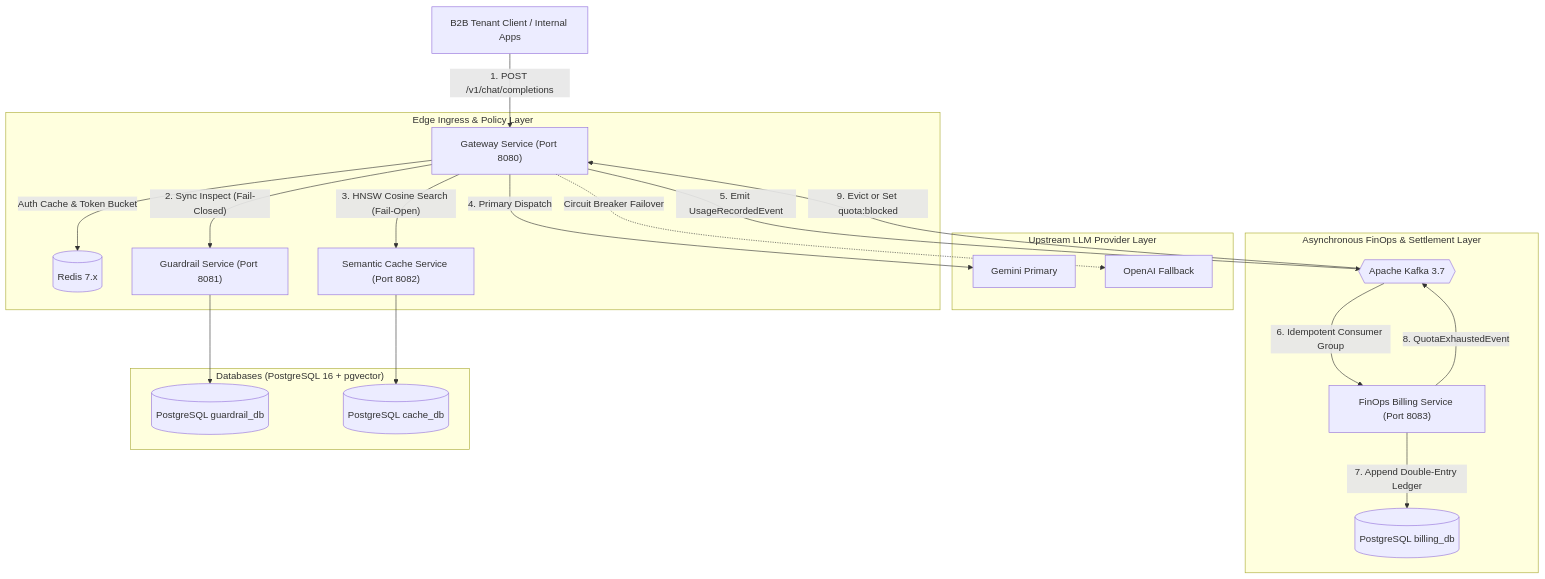
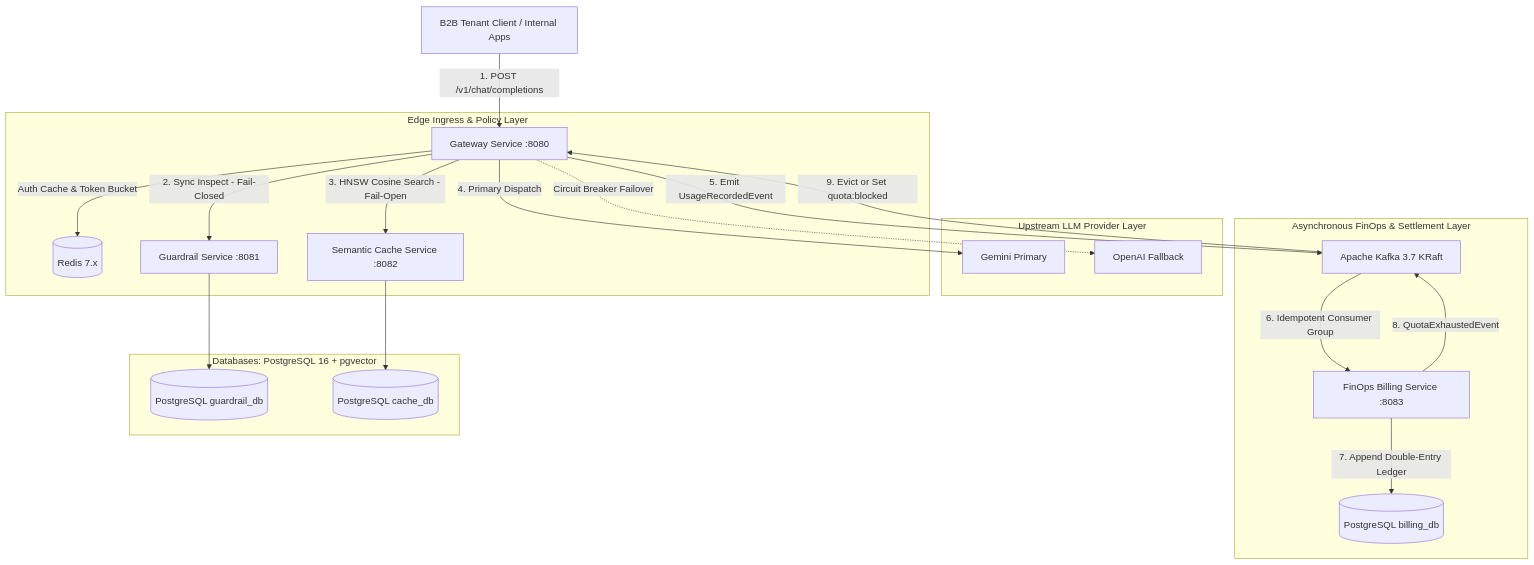
Before and after one commit to SailokeshNalabothu/Orvix: the diagram in README.md, drawn with Mermaid. The commit also changed other lines of this file and 9 other files, not shown here.

Commit message:
feat(ai): add Adaptive Model Cascader, fix README Mermaid diagram, and enhance guardrail injection detector

````diff
--- a/README.md
+++ b/README.md
@@ -82,28 +82,28 @@
 ```mermaid
 flowchart TD
-    Client["B2B Tenant Client / Internal Apps"] -->|"1. POST /v1/chat/completions"| GW["Gateway Service (Port 8080)"]
+    Client["B2B Tenant Client / Internal Apps"] -->|"1. POST /v1/chat/completions"| GW["Gateway Service :8080"]
 
     subgraph Ingress ["Edge Ingress & Policy Layer"]
-        GW -->|"Auth Cache & Token Bucket"| Redis[("Redis 7.x")]
-        GW -->|"2. Sync Inspect (Fail-Closed)"| Guardrail["Guardrail Service (Port 8081)"]
-        GW -->|"3. HNSW Cosine Search (Fail-Open)"| Cache["Semantic Cache Service (Port 8082)"]
+        GW -->|"Auth Cache & Token Bucket"| Redis[(Redis 7.x)]
+        GW -->|"2. Sync Inspect - Fail-Closed"| Guardrail["Guardrail Service :8081"]
+        GW -->|"3. HNSW Cosine Search - Fail-Open"| Cache["Semantic Cache Service :8082"]
     end
 
     subgraph Upstream ["Upstream LLM Provider Layer"]
         GW -->|"4. Primary Dispatch"| Gemini["Gemini Primary"]
         GW -.->|"Circuit Breaker Failover"| OpenAI["OpenAI Fallback"]
     end
 
     subgraph FinOps ["Asynchronous FinOps & Settlement Layer"]
-        GW -->|"5. Emit UsageRecordedEvent"| Kafka{{"Apache Kafka 3.7"}}
-        Kafka -->|"6. Idempotent Consumer Group"| Billing["FinOps Billing Service (Port 8083)"]
-        Billing -->|"7. Append Double-Entry Ledger"| Postgres[("PostgreSQL billing_db")]
+        GW -->|"5. Emit UsageRecordedEvent"| Kafka["Apache Kafka 3.7 KRaft"]
+        Kafka -->|"6. Idempotent Consumer Group"| Billing["FinOps Billing Service :8083"]
+        Billing -->|"7. Append Double-Entry Ledger"| Postgres[(PostgreSQL billing_db)]
         Billing -->|"8. QuotaExhaustedEvent"| Kafka
         Kafka -->|"9. Evict or Set quota:blocked"| GW
     end
 
-    subgraph Storage ["Databases (PostgreSQL 16 + pgvector)"]
-        Guardrail --> GDB[("PostgreSQL guardrail_db")]
-        Cache --> CDB[("PostgreSQL cache_db")]
+    subgraph Storage ["Databases: PostgreSQL 16 + pgvector"]
+        Guardrail --> GDB[(PostgreSQL guardrail_db)]
+        Cache --> CDB[(PostgreSQL cache_db)]
     end
 ```
````
